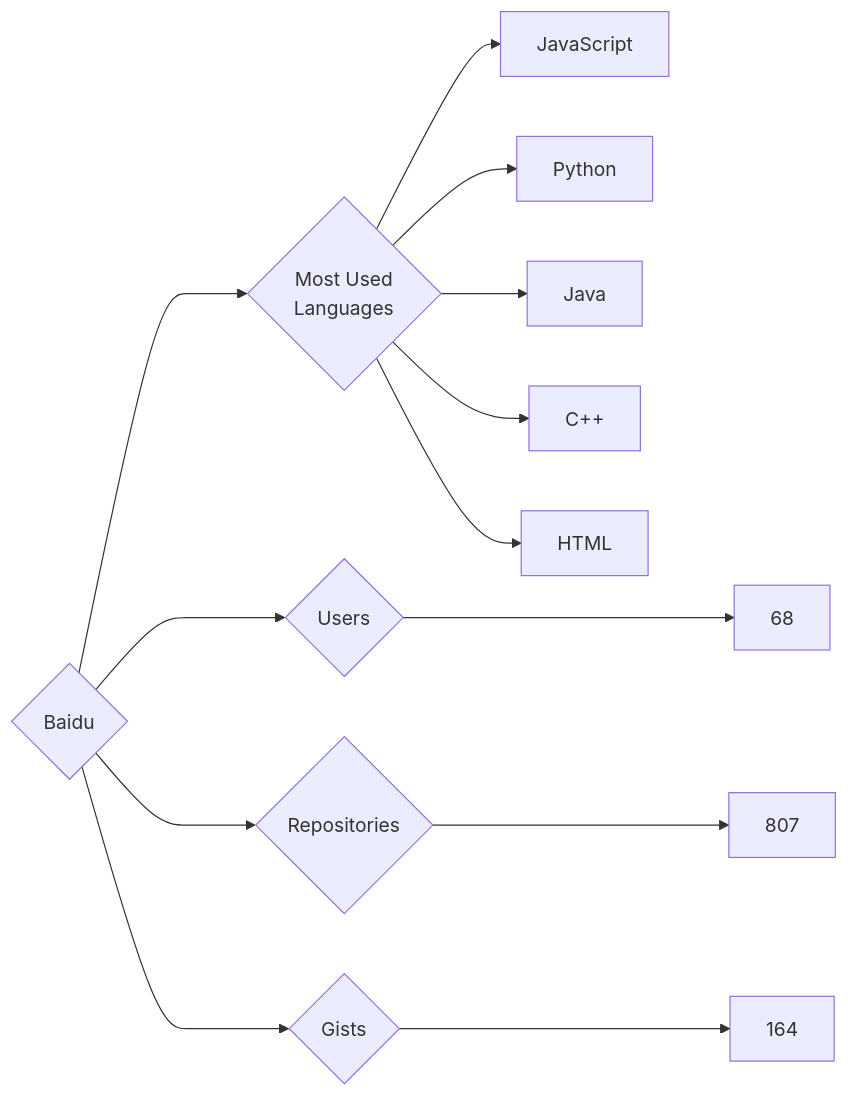
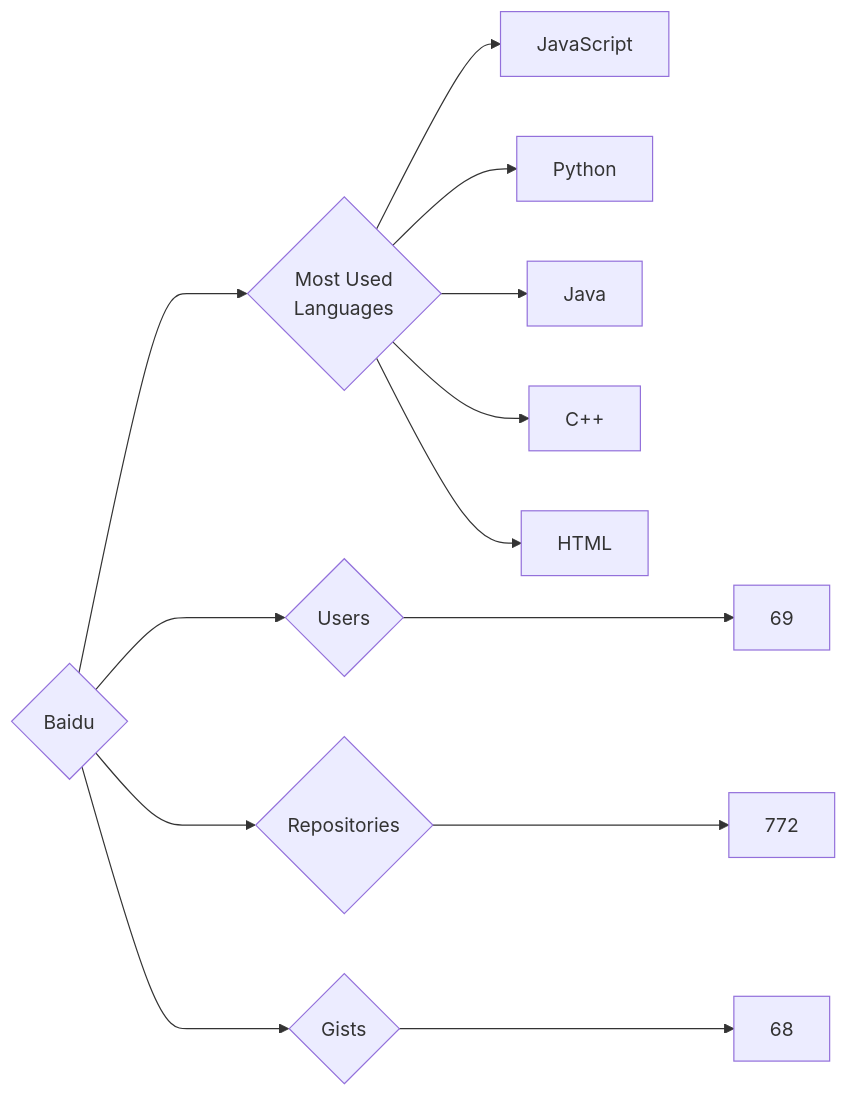
One commit to trickest/insiders changed the diagram in targets/Baidu/README.md. Above: the diagram before and after it, drawn with Mermaid. The commit also changed 829 other files, not shown here.

````diff
--- a/targets/Baidu/README.md
+++ b/targets/Baidu/README.md
@@ -3,13 +3,13 @@
 ```mermaid
 graph LR
 COMPANY_NAME{Baidu}
-COMPANY_NAME ---> U{Users} ---> UN[68]
-COMPANY_NAME ---> R{Repositories} ---> RN[807]
-COMPANY_NAME ---> G{Gists} ---> GN[164]
+COMPANY_NAME ---> U{Users} ---> UN[69]
+COMPANY_NAME ---> R{Repositories} ---> RN[772]
+COMPANY_NAME ---> G{Gists} ---> GN[68]
 COMPANY_NAME ---> ML{Most Used<br>Languages}
 ML --> JavaScript[JavaScript]
 ML --> Python[Python]
 ML --> Java[Java]
 ML --> C++[C++]
 ML --> HTML[HTML]
 ```
````
